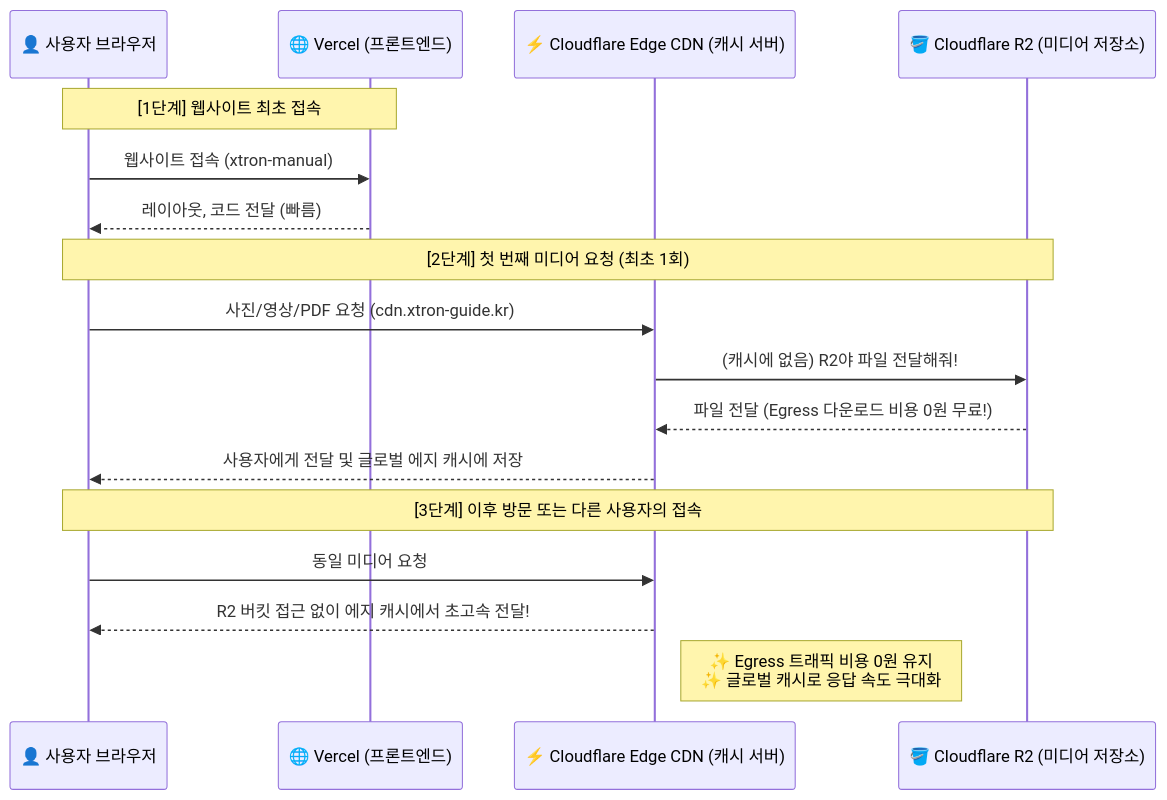
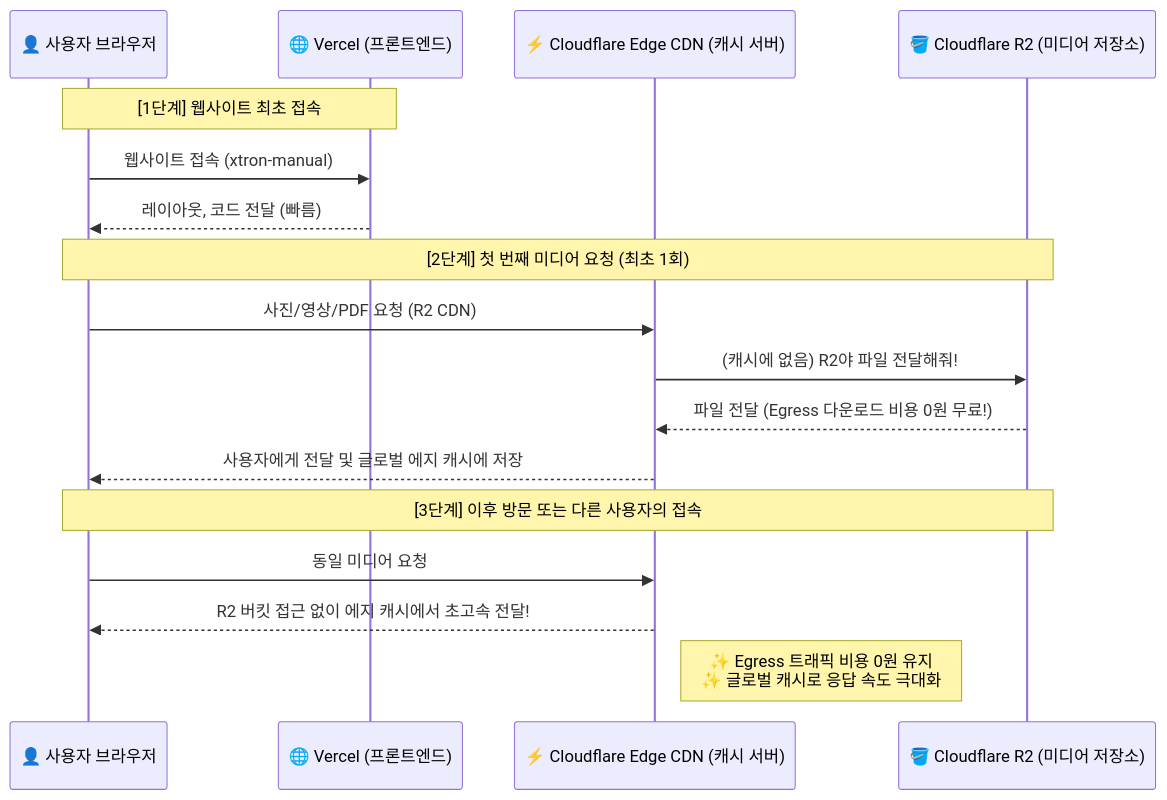
The first of 2 diagrams in README.md (Rinology/xtron-manual), drawn with Mermaid before and after one commit. The commit also changed other lines of this file and 1 other file, not shown here.

Commit message:
docs: mask CDN custom domain in README.md

````diff
--- a/README.md
+++ b/README.md
@@ -222,23 +222,23 @@
   ```mermaid
   sequenceDiagram
       participant User as 👤 사용자 브라우저
       participant Vercel as 🌐 Vercel (프론트엔드)
       participant CF as ⚡ Cloudflare Edge CDN (캐시 서버)
       participant R2 as 🪣 Cloudflare R2 (미디어 저장소)
 
       Note over User, Vercel: [1단계] 웹사이트 최초 접속
       User->>Vercel: 웹사이트 접속 (xtron-manual)
       Vercel-->>User: 레이아웃, 코드 전달 (빠름)
 
       Note over User, R2: [2단계] 첫 번째 미디어 요청 (최초 1회)
-      User->>CF: 사진/영상/PDF 요청 (cdn.xtron-guide.kr)
+      User->>CF: 사진/영상/PDF 요청 (R2 CDN)
       CF->>R2: (캐시에 없음) R2야 파일 전달해줘!
       R2-->>CF: 파일 전달 (Egress 다운로드 비용 0원 무료!)
       CF-->>User: 사용자에게 전달 및 글로벌 에지 캐시에 저장
 
       Note over User, R2: [3단계] 이후 방문 또는 다른 사용자의 접속
       User->>CF: 동일 미디어 요청
       CF-->>User: R2 버킷 접근 없이 에지 캐시에서 초고속 전달!
       
       Note right of CF: ✨ Egress 트래픽 비용 0원 유지 <br> ✨ 글로벌 캐시로 응답 속도 극대화
   ```
````
